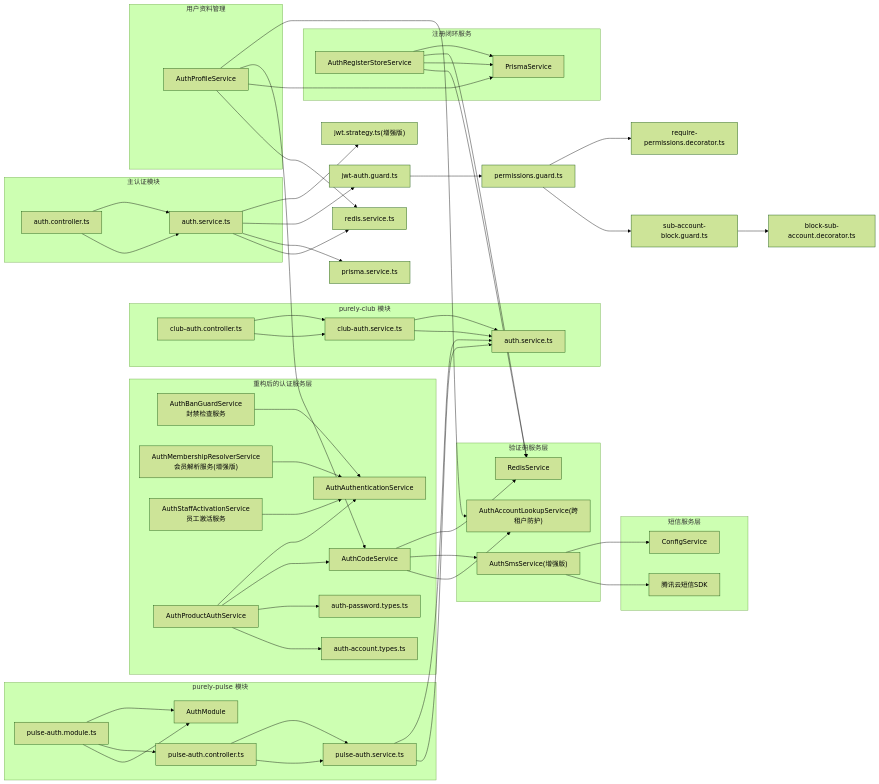
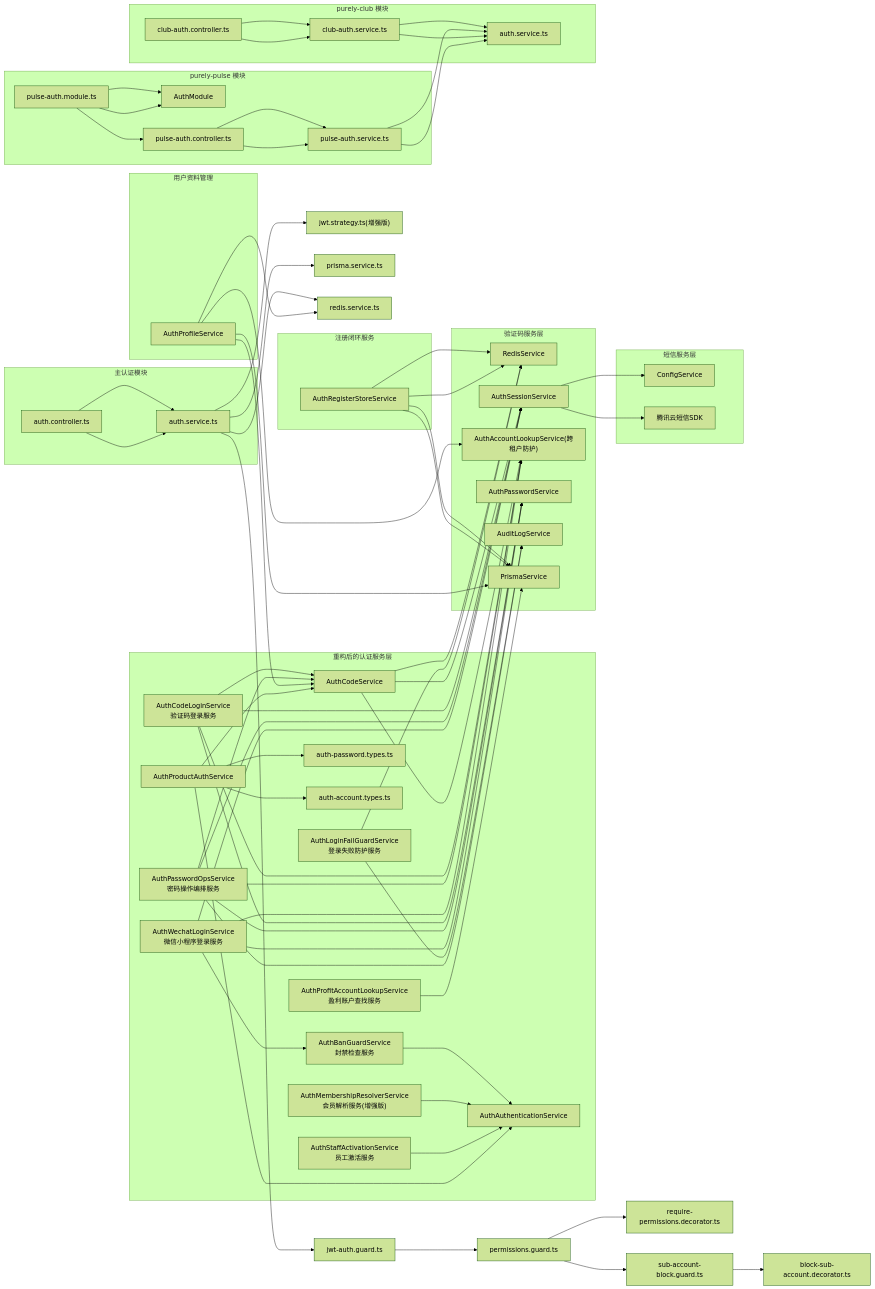
Before and after one commit to rc558620/purelyprofit-server: diagram 22 of 22 in .qoder/repowiki/zh/content/认证授权系统/认证授权系统.md, drawn with Mermaid (forest theme). The commit also changed other lines of this file and 164 other files, not shown here.

```diff
--- a/.qoder/repowiki/zh/content/认证授权系统/认证授权系统.md
+++ b/.qoder/repowiki/zh/content/认证授权系统/认证授权系统.md
@@ -1061,11 +1382,32 @@
 ACS["AuthCodeService"]
 AST["auth-password.types.ts"]
 AAT["auth-account.types.ts"]
+ACL["AuthCodeLoginService<br/>验证码登录服务"]
+ALFG["AuthLoginFailGuardService<br/>登录失败防护服务"]
+APO["AuthPasswordOpsService<br/>密码操作编排服务"]
+APALS["AuthProfitAccountLookupService<br/>盈利账户查找服务"]
+AWLS["AuthWechatLoginService<br/>微信小程序登录服务"]
 end
 subgraph "验证码服务层"
 ACS --> RS["RedisService"]
 ACS --> ASS["AuthSmsService(增强版)"]
 ACS --> AALS["AuthAccountLookupService(跨租户防护)"]
+ACL --> ACS
+ACL --> AALS
+ACL --> APS["AuthPasswordService"]
+ACL --> ASS["AuthSessionService"]
+ALFG --> RS
+ALFG --> ALS["AuditLogService"]
+APO --> ACS
+APO --> AALS
+APO --> APS
+APO --> ASS
+APO --> ALS
+APALS --> PRISMA["PrismaService"]
+AWLS --> AALS
+AWLS --> APS
+AWLS --> ABGS
+AWLS --> ASS
 end
 subgraph "短信服务层"
 ASS --> CS["ConfigService"]
@@ -1088,7 +1430,7 @@
 UPS --> ACS
 end
 subgraph "注册闭环服务"
-ARS["AuthRegisterStoreService"] --> PRISMA["PrismaService"]
+ARS["AuthRegisterStoreService"] --> PRISMA
 ARS --> RS
 end
 ABGS --> AAS
```
